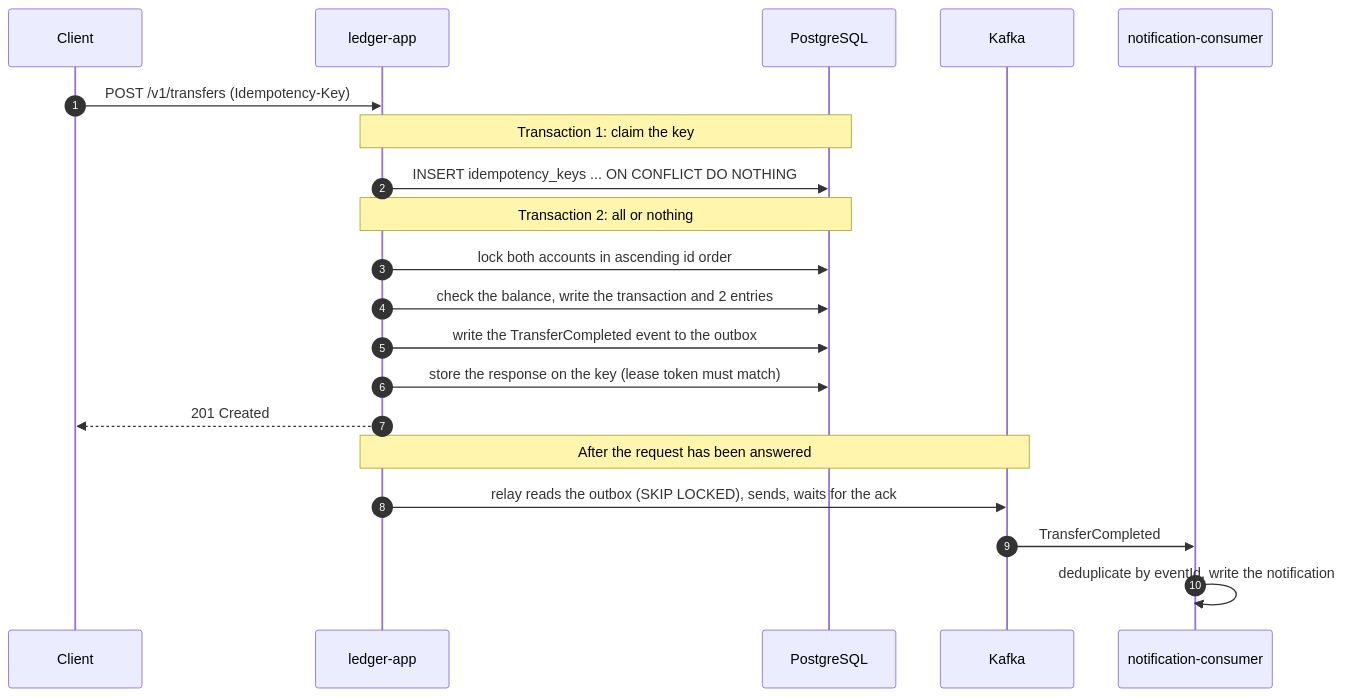
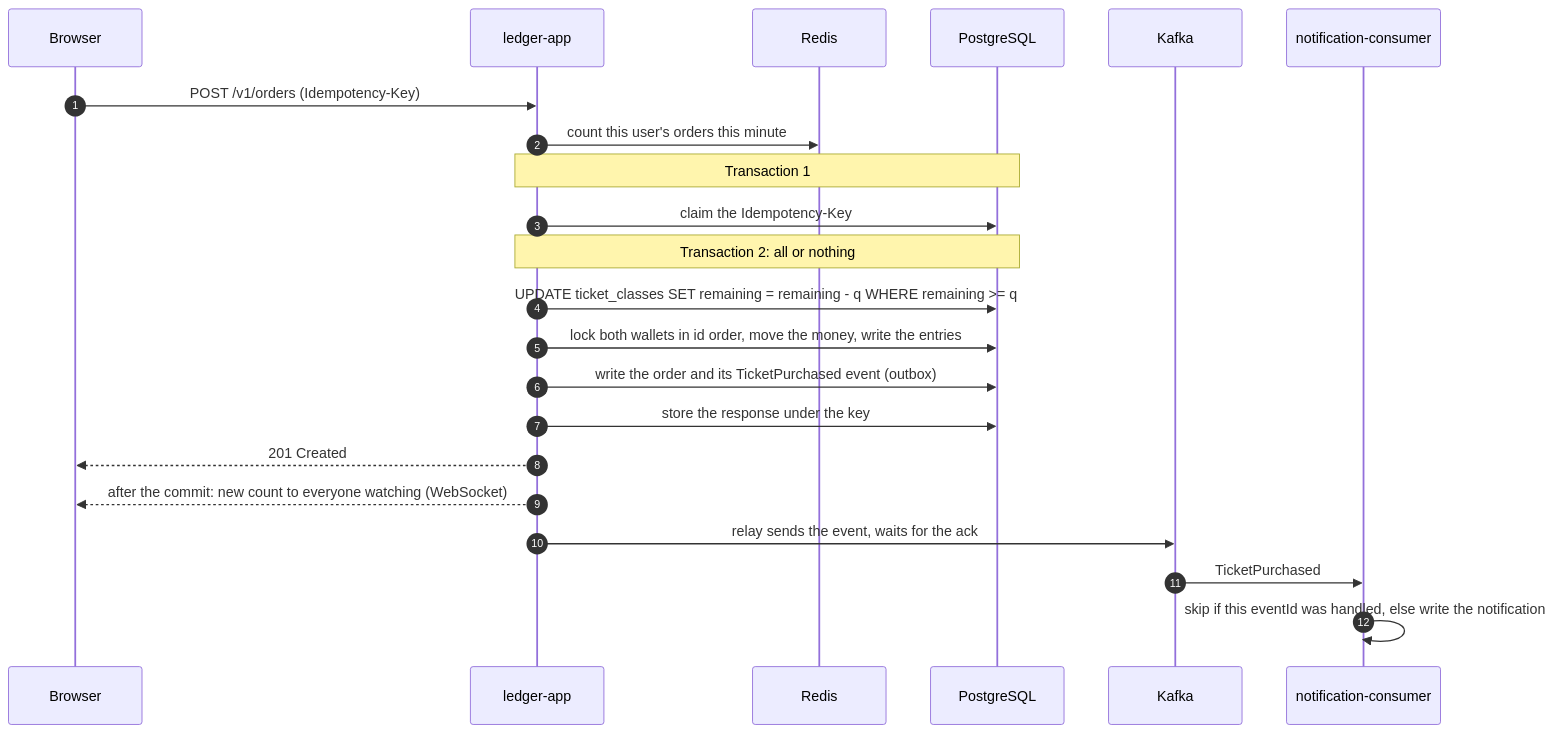
Before and after one commit to HoangThanhMan/ledgerly: the third of 3 diagrams in README.md, drawn with Mermaid. The commit also changed other lines of this file and 1 other file, not shown here.

Commit message:
Rewrite the README around ticket sales (#21)

````diff
--- a/README.md
+++ b/README.md
@@ -108,23 +138,25 @@
 ```mermaid
 sequenceDiagram
     autonumber
-    participant C as Client
+    participant B as Browser
     participant A as ledger-app
+    participant R as Redis
     participant DB as PostgreSQL
     participant K as Kafka
     participant N as notification-consumer
 
-    C->>A: POST /v1/transfers (Idempotency-Key)
-    Note over A,DB: Transaction 1: claim the key
-    A->>DB: INSERT idempotency_keys ... ON CONFLICT DO NOTHING
+    B->>A: POST /v1/orders (Idempotency-Key)
+    A->>R: count this user's orders this minute
+    Note over A,DB: Transaction 1
+    A->>DB: claim the Idempotency-Key
     Note over A,DB: Transaction 2: all or nothing
-    A->>DB: lock both accounts in ascending id order
-    A->>DB: check the balance, write the transaction and 2 entries
-    A->>DB: write the TransferCompleted event to the outbox
-    A->>DB: store the response on the key (lease token must match)
-    A-->>C: 201 Created
-    Note over A,K: After the request has been answered
-    A->>K: relay reads the outbox (SKIP LOCKED), sends, waits for the ack
-    K->>N: TransferCompleted
-    N->>N: deduplicate by eventId, write the notification
+    A->>DB: UPDATE ticket_classes SET remaining = remaining - q WHERE remaining >= q
+    A->>DB: lock both wallets in id order, move the money, write the entries
+    A->>DB: write the order and its TicketPurchased event (outbox)
+    A->>DB: store the response under the key
+    A-->>B: 201 Created
+    A-->>B: after the commit: new count to everyone watching (WebSocket)
+    A->>K: relay sends the event, waits for the ack
+    K->>N: TicketPurchased
+    N->>N: skip if this eventId was handled, else write the notification
 ```
````
